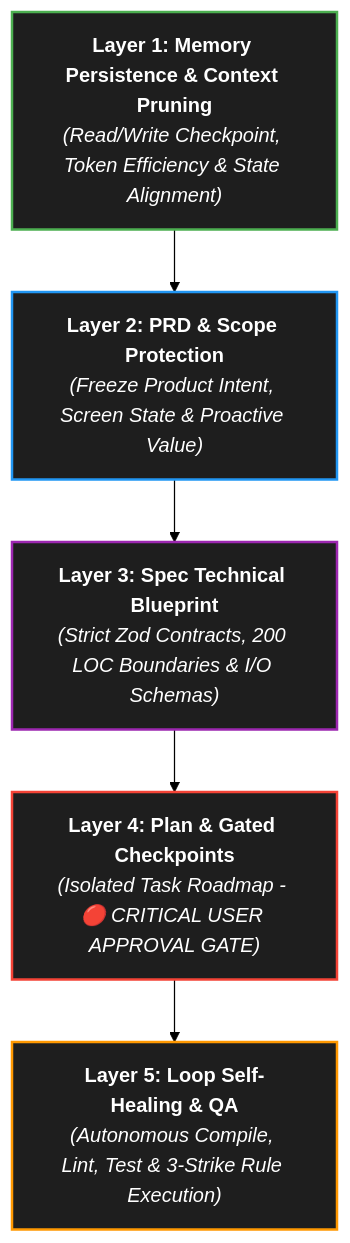
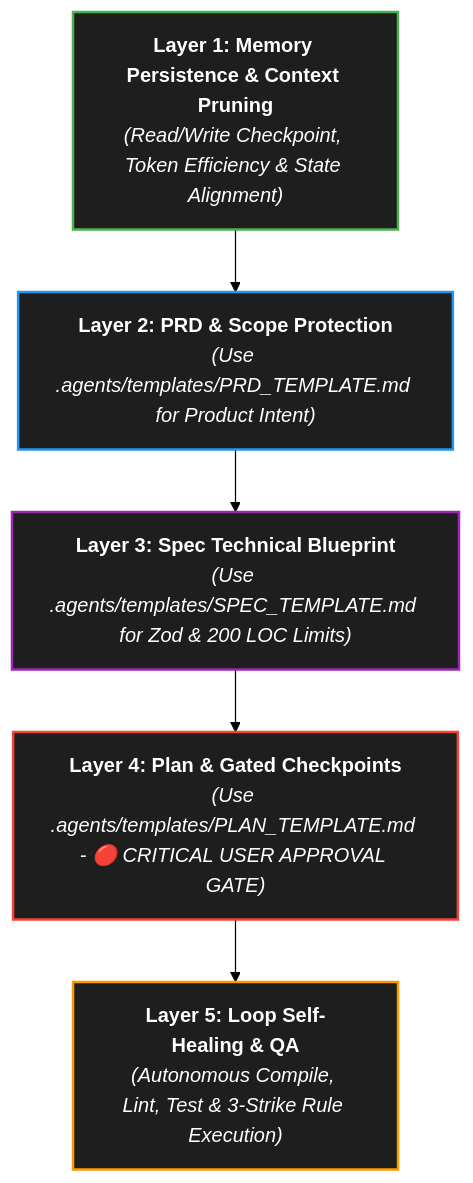
Before and after one commit to IDAN2468D/movie-booking-site: the diagram in .agents/Skills/agent-stack-framework/SKILL.md, drawn with Mermaid (forest theme). The commit also changed other lines of this file and 68 other files, not shown here.

````diff
--- a/.agents/Skills/agent-stack-framework/SKILL.md
+++ b/.agents/Skills/agent-stack-framework/SKILL.md
@@ -16,14 +16,14 @@
 ```mermaid
 graph TD
     L1["<b>Layer 1: Memory Persistence & Context Pruning</b><br/><i>(Read/Write Checkpoint, Token Efficiency & State Alignment)</i>"] --> L2
-    L2["<b>Layer 2: PRD & Scope Protection</b><br/><i>(Freeze Product Intent, Screen State & Proactive Value)</i>"] --> L3
-    L3["<b>Layer 3: Spec Technical Blueprint</b><br/><i>(Strict Zod Contracts, 200 LOC Boundaries & I/O Schemas)</i>"] --> L4
-    L4["<b>Layer 4: Plan & Gated Checkpoints</b><br/><i>(Isolated Task Roadmap - 🔴 CRITICAL USER APPROVAL GATE)</i>"] --> L5
+    L2["<b>Layer 2: PRD & Scope Protection</b><br/><i>(Use .agents/templates/PRD_TEMPLATE.md for Product Intent)</i>"] --> L3
+    L3["<b>Layer 3: Spec Technical Blueprint</b><br/><i>(Use .agents/templates/SPEC_TEMPLATE.md for Zod & 200 LOC Limits)</i>"] --> L4
+    L4["<b>Layer 4: Plan & Gated Checkpoints</b><br/><i>(Use .agents/templates/PLAN_TEMPLATE.md - 🔴 CRITICAL USER APPROVAL GATE)</i>"] --> L5
     L5["<b>Layer 5: Loop Self-Healing & QA</b><br/><i>(Autonomous Compile, Lint, Test & 3-Strike Rule Execution)</i>"]
     
     style L1 fill:#1e1e1e,stroke:#4caf50,stroke-width:2px,color:#fff
     style L2 fill:#1e1e1e,stroke:#2196f3,stroke-width:2px,color:#fff
     style L3 fill:#1e1e1e,stroke:#9c27b0,stroke-width:2px,color:#fff
     style L4 fill:#1e1e1e,stroke:#f44336,stroke-width:2px,color:#fff
     style L5 fill:#1e1e1e,stroke:#ff9800,stroke-width:2px,color:#fff
 ```
````
